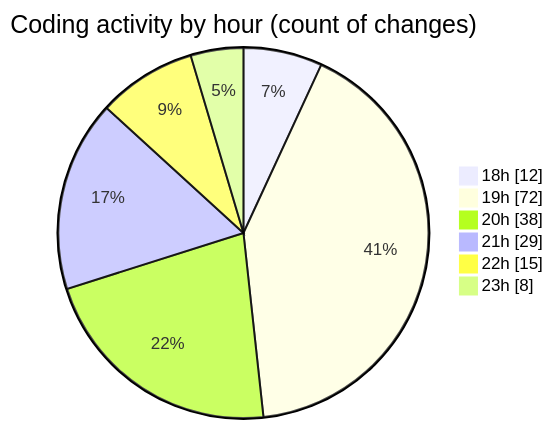
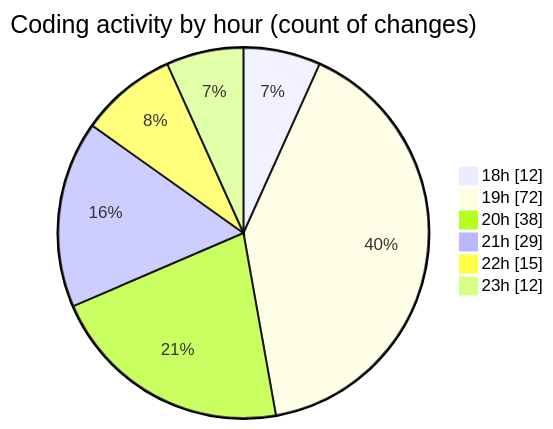
The second of 2 diagrams in 2025-03-14/myws__workspace_/README.md (MatusMokan/code-tracking), drawn with Mermaid before and after one commit. The commit also changed other lines of this file and 1 other file, not shown here.

````diff
--- a/2025-03-14/myws__workspace_/README.md
+++ b/2025-03-14/myws__workspace_/README.md
@@ -31,10 +31,10 @@
 ```mermaid
 pie showData
 title Coding activity by hour (count of changes)
 "18h" : 12
 "19h" : 72
 "20h" : 38
 "21h" : 29
 "22h" : 15
-"23h" : 8
+"23h" : 12
 ```
````
